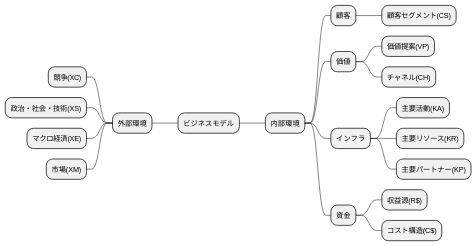
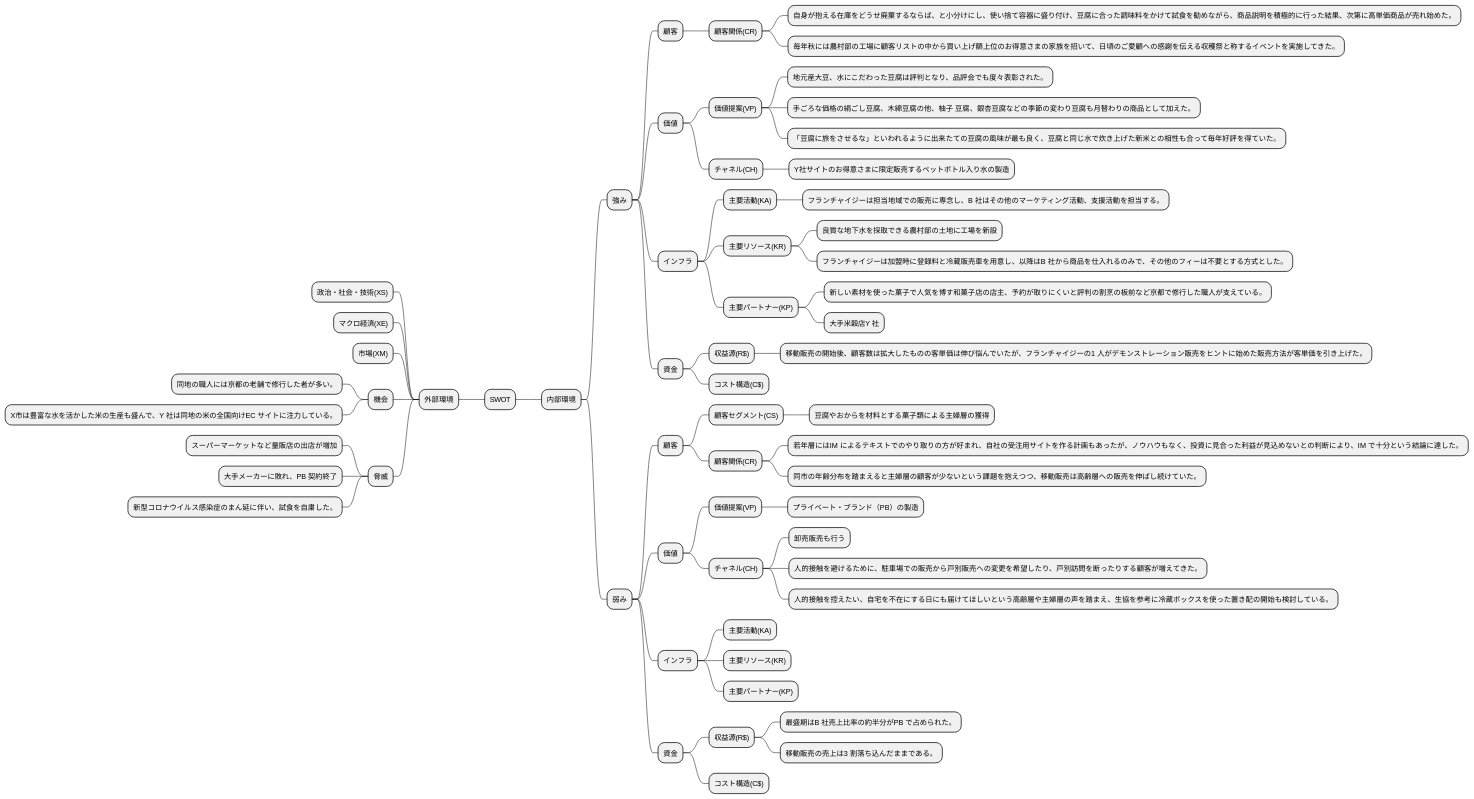
One commit to k2works/requirements_definition_excercise changed the third of 8 diagrams in docs/R03/study/study_2_take01.md. Above: the diagram before and after it, drawn with PlantUML. The commit also changed other lines of this file, not shown here.

Commit message:
R03 事例2

````diff
--- a/docs/R03/study/study_2_take01.md
+++ b/docs/R03/study/study_2_take01.md
@@ -43,23 +118,65 @@
 ```plantuml
 @startmindmap
-* ビジネスモデル
+* SWOT
 -- 外部環境
---- 競争(XC)
 --- 政治・社会・技術(XS)
 --- マクロ経済(XE)
 --- 市場(XM)
+--- 機会
+---- 同地の職人には京都の老舗で修行した者が多い。
+---- X市は豊富な水を活かした米の生産も盛んで、Y 社は同地の米の全国向けEC サイトに注力している。
+--- 脅威
+---- スーパーマーケットなど量販店の出店が増加
+---- 大手メーカーに敗れ、PB 契約終了
+---- 新型コロナウイルス感染症のまん延に伴い、試食を自粛した。
 ** 内部環境
-*** 顧客
-**** 顧客セグメント(CS)
-*** 価値
-**** 価値提案(VP)
-**** チャネル(CH)
-*** インフラ
-**** 主要活動(KA)
-**** 主要リソース(KR)
-**** 主要パートナー(KP)
-*** 資金
-**** 収益源(R$)
-**** コスト構造(C$)
+*** 強み
+**** 顧客
+***** 顧客関係(CR)
+****** 自身が抱える在庫をどうせ廃棄するならば、と小分けにし、使い捨て容器に盛り付け、豆腐に合った調味料をかけて試食を勧めながら、商品説明を積極的に行った結果、次第に高単価商品が売れ始めた。
+****** 毎年秋には農村部の工場に顧客リストの中から買い上げ額上位のお得意さまの家族を招いて、日頃のご愛顧への感謝を伝える収穫祭と称するイベントを実施してきた。
+**** 価値
+***** 価値提案(VP)
+****** 地元産大豆、水にこだわった豆腐は評判となり、品評会でも度々表彰された。
+****** 手ごろな価格の絹ごし豆腐、木綿豆腐の他、柚子 豆腐、銀杏豆腐などの季節の変わり豆腐も月替わりの商品として加えた。
+****** 「豆腐に旅をさせるな」といわれるように出来たての豆腐の風味が最も良く、豆腐と同じ水で炊き上げた新米との相性も合って毎年好評を得ていた。
+***** チャネル(CH)
+****** Y社サイトのお得意さまに限定販売するペットボトル入り水の製造
+**** インフラ
+***** 主要活動(KA)
+****** フランチャイジーは担当地域での販売に専念し、B 社はその他のマーケティング活動、支援活動を担当する。
+***** 主要リソース(KR)
+****** 良質な地下水を採取できる農村部の土地に工場を新設
+****** フランチャイジーは加盟時に登録料と冷蔵販売車を用意し、以降はB 社から商品を仕入れるのみで、その他のフィーは不要とする方式とした。
+***** 主要パートナー(KP)
+****** 新しい素材を使った菓子で人気を博す和菓子店の店主、予約が取りにくいと評判の割烹の板前など京都で修行した職人が支えている。
+****** 大手米穀店Y 社
+**** 資金
+***** 収益源(R$)
+****** 移動販売の開始後、顧客数は拡大したものの客単価は伸び悩んでいたが、フランチャイジーの1 人がデモンストレーション販売をヒントに始めた販売方法が客単価を引き上げた。
+***** コスト構造(C$)
+*** 弱み
+**** 顧客
+***** 顧客セグメント(CS)
+****** 豆腐やおからを材料とする菓子類による主婦層の獲得
+***** 顧客関係(CR)
+****** 若年層にはIM によるテキストでのやり取りの方が好まれ、自社の受注用サイトを作る計画もあったが、ノウハウもなく、投資に見合った利益が見込めないとの判断により、IM で十分という結論に達した。
+****** 同市の年齢分布を踏まえると主婦層の顧客が少ないという課題を抱えつつ、移動販売は高齢層への販売を伸ばし続けていた。
+**** 価値
+***** 価値提案(VP)
+****** プライベート・ブランド（PB）の製造
+***** チャネル(CH)
+****** 卸売販売も行う
+****** 人的接触を避けるために、駐車場での販売から戸別販売への変更を希望したり、戸別訪問を断ったりする顧客が増えてきた。
+****** 人的接触を控えたい、自宅を不在にする日にも届けてほしいという高齢層や主婦層の声を踏まえ、生協を参考に冷蔵ボックスを使った置き配の開始も検討している。
+**** インフラ
+***** 主要活動(KA)
+***** 主要リソース(KR)
+***** 主要パートナー(KP)
+**** 資金
+***** 収益源(R$)
+****** 最盛期はB 社売上比率の約半分がPB で占められた。
+****** 移動販売の売上は3 割落ち込んだままである。
+***** コスト構造(C$)
 @endmindmap
 ```
````
